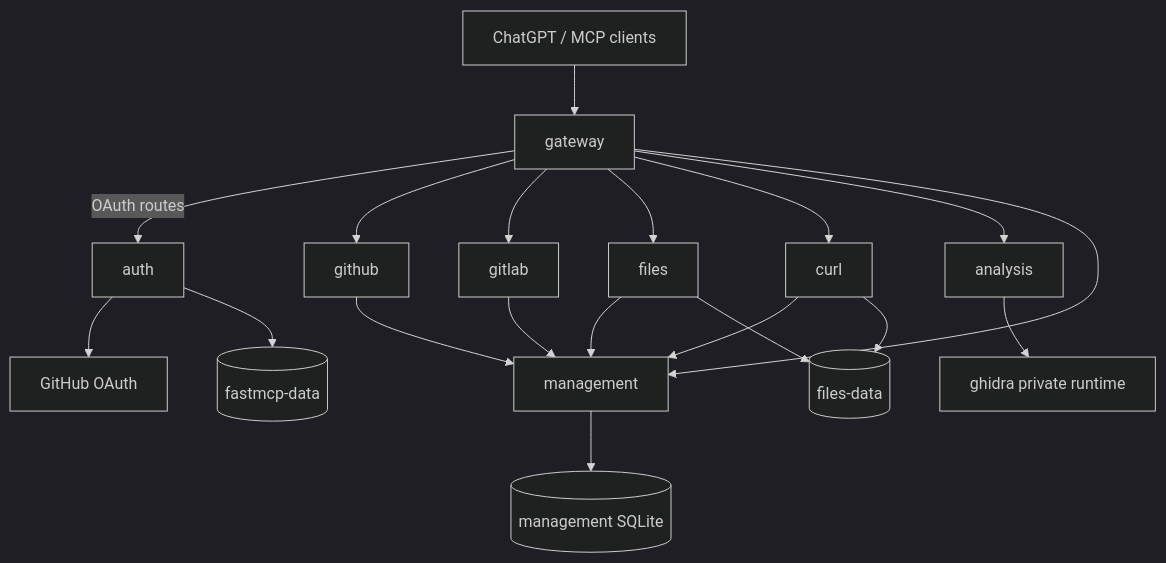
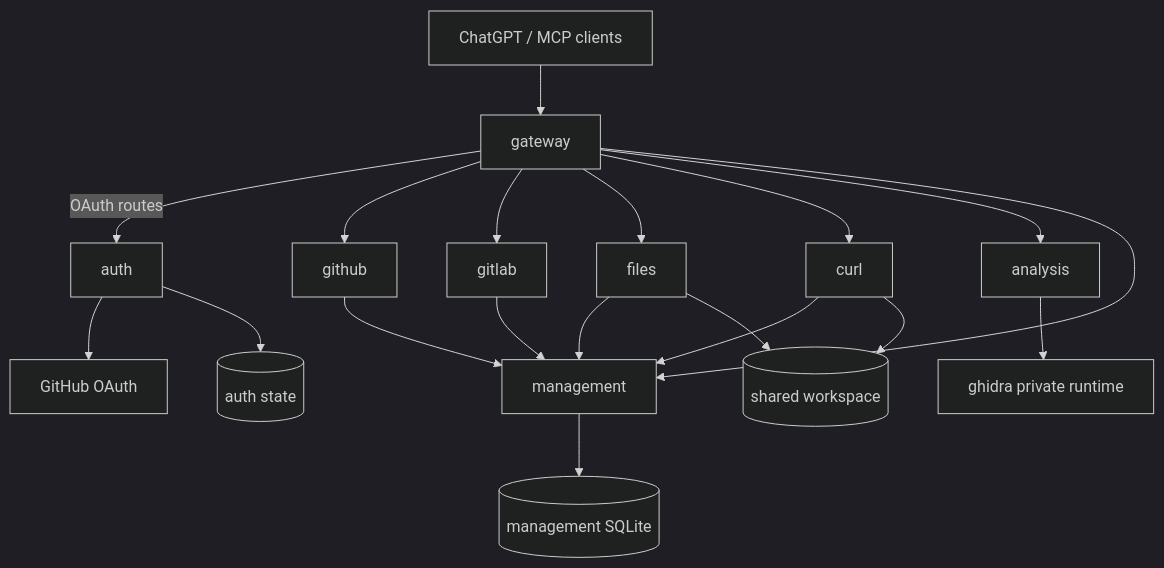
One commit to ArthurKoba/briareus changed the diagram in docs/architecture/overview.md. Above: the diagram before and after it, drawn with Mermaid (dark theme). The commit also changed other lines of this file, not shown here.

Commit message:
docs: show shared workspace in architecture overview

````diff
--- a/docs/architecture/overview.md
+++ b/docs/architecture/overview.md
@@ -5,25 +5,25 @@
 ```mermaid
 flowchart TB
     Client[ChatGPT / MCP clients] --> GW[gateway]
 
     GW -->|OAuth routes| AU[auth]
     AU --> GHID[GitHub OAuth]
 
     GW --> GH[github]
     GW --> GL[gitlab]
     GW --> FI[files]
     GW --> CU[curl]
     GW --> AN[analysis]
     GW --> CP[management]
 
     GH --> CP
     GL --> CP
     FI --> CP
     CU --> CP
     AN --> GD[ghidra private runtime]
 
-    AU --> OAUTH[(fastmcp-data)]
+    AU --> OAUTH[(auth state)]
     CP --> DB[(management SQLite)]
-    FI --> STORE[(files-data)]
-    CU --> STORE
+    FI --> WS[(shared workspace)]
+    CU --> WS
 ```
````
